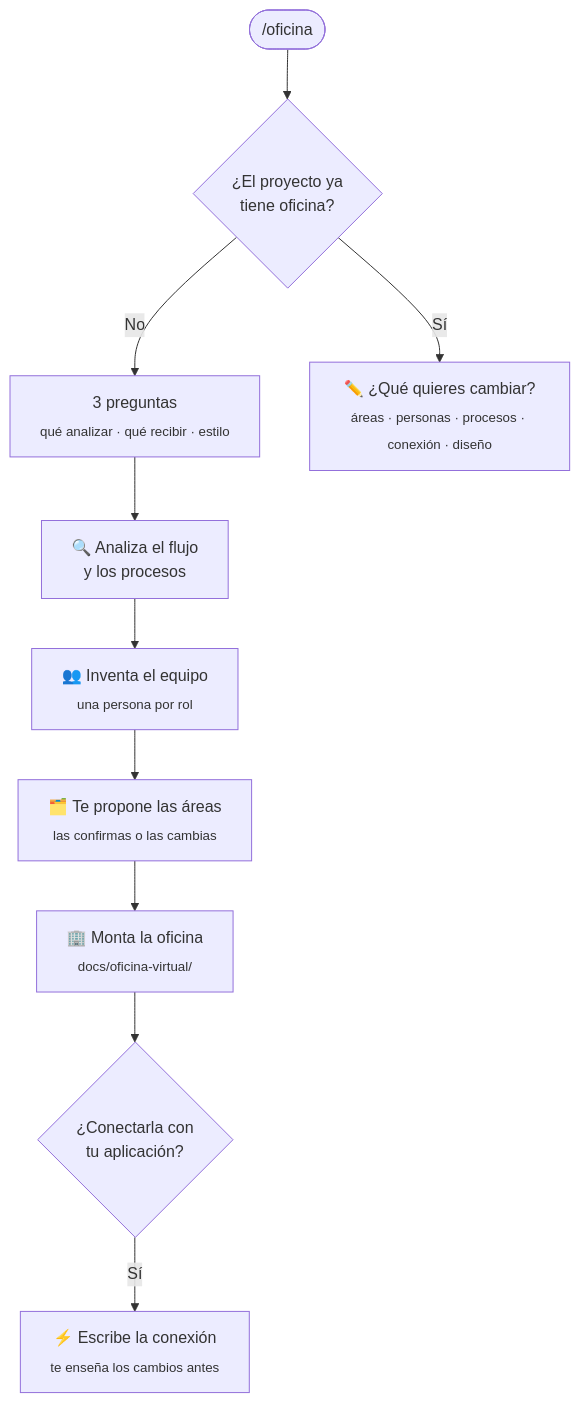
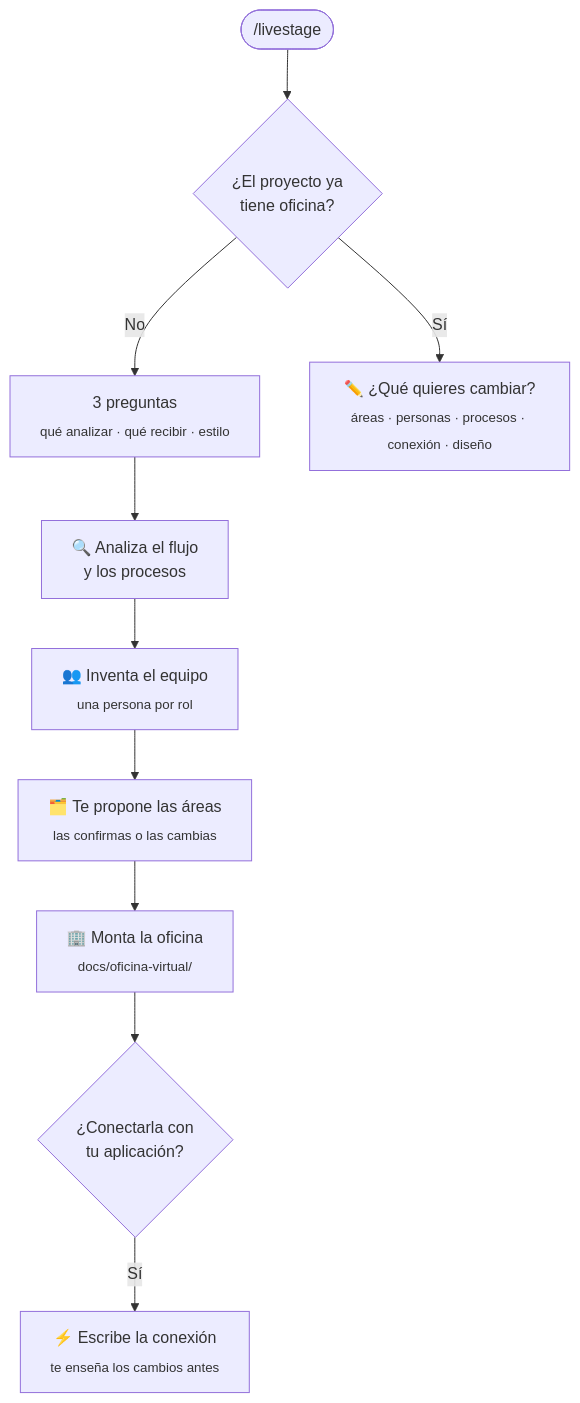
Before and after one commit to maomur/claude-plugins: the second of 2 diagrams in README.md, drawn with Mermaid. The commit also changed other lines of this file and 3 other files, not shown here.

Commit message:
Comando /livestage (antes /oficina) y fuera la indicación de recargar la ventana

````diff
--- a/README.md
+++ b/README.md
@@ -190,12 +188,12 @@
 ```mermaid
 flowchart TD
-    S(["/oficina"]) --> Q{"¿El proyecto ya<br/>tiene oficina?"}
+    S(["/livestage"]) --> Q{"¿El proyecto ya<br/>tiene oficina?"}
     Q -- "No" --> P1["3 preguntas<br/><sub>qué analizar · qué recibir · estilo</sub>"]
     P1 --> P2["🔍 Analiza el flujo<br/>y los procesos"]
     P2 --> P3["👥 Inventa el equipo<br/><sub>una persona por rol</sub>"]
     P3 --> P4["🗂️ Te propone las áreas<br/><sub>las confirmas o las cambias</sub>"]
     P4 --> P5["🏢 Monta la oficina<br/><sub>docs/oficina-virtual/</sub>"]
     P5 --> P6{"¿Conectarla con<br/>tu aplicación?"}
     P6 -- "Sí" --> P7["⚡ Escribe la conexión<br/><sub>te enseña los cambios antes</sub>"]
     Q -- "Sí" --> C1["✏️ ¿Qué quieres cambiar?<br/><sub>áreas · personas · procesos · conexión · diseño</sub>"]
 ```
````
